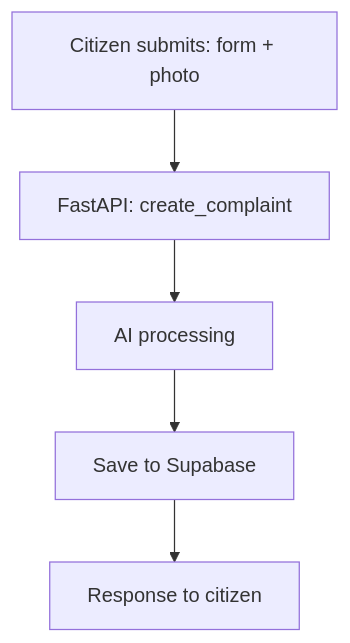
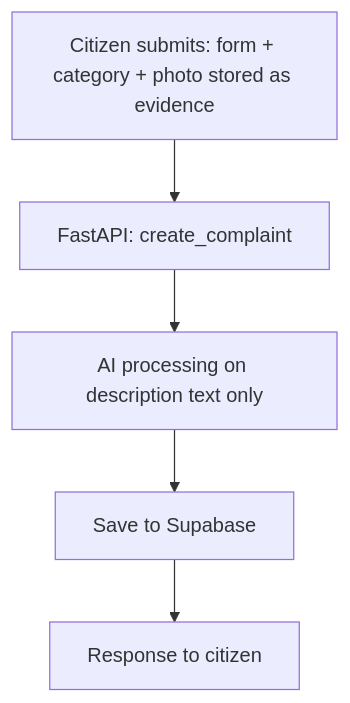
One commit to Praptea-code/nagarai-ai-civictech changed the first of 3 diagrams in md files/ARCHITECTURE_CITIZEN_FLOW.md. Above: the diagram before and after it, drawn with Mermaid. The commit also changed other lines of this file and 11 other files, not shown here.

First line of the commit message:
refactor(submission): remove CV pipeline, citizen selects category manually

````diff
--- a/md files/ARCHITECTURE_CITIZEN_FLOW.md
+++ b/md files/ARCHITECTURE_CITIZEN_FLOW.md
@@ -33,7 +32,7 @@
 ```mermaid
 flowchart TD
-    A[Citizen submits: form + photo] --> B[FastAPI: create_complaint]
-    B --> C[AI processing]
+    A[Citizen submits: form + category + photo stored as evidence] --> B[FastAPI: create_complaint]
+    B --> C[AI processing on description text only]
     C --> D[Save to Supabase]
     D --> E[Response to citizen]
 ```
````
